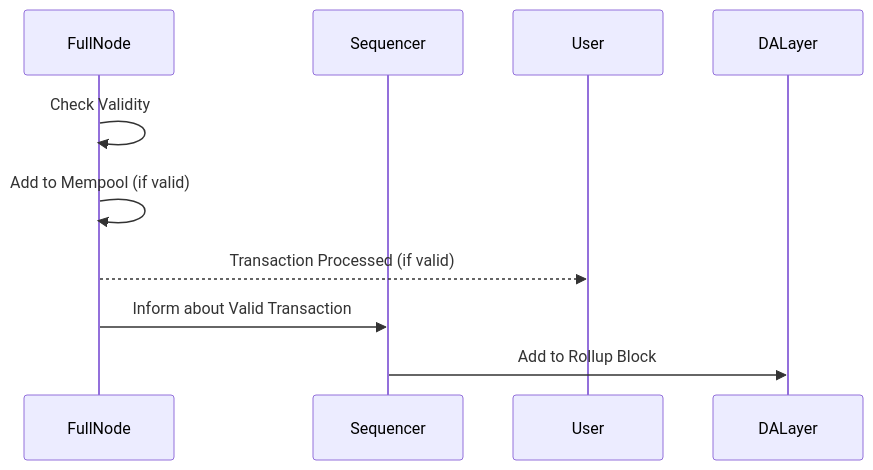
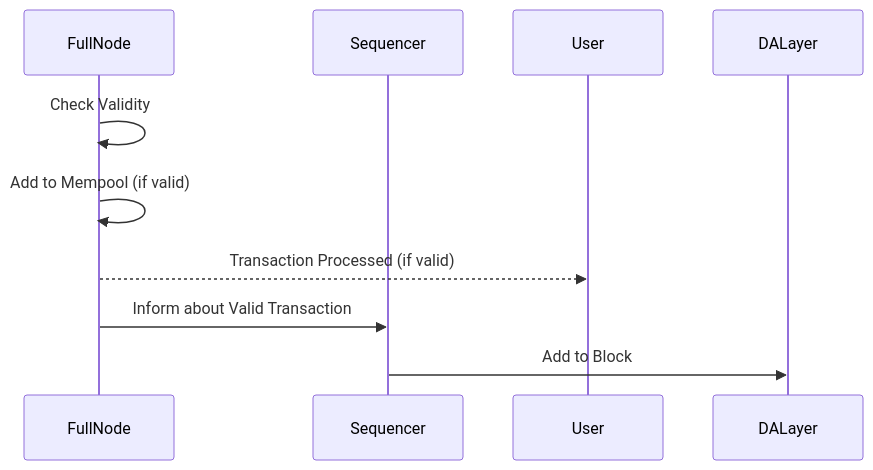
Before and after one commit to rollkit/docs: the second of 4 diagrams in learn/transaction-flow.md, drawn with Mermaid. The commit also changed other lines of this file and 12 other files, not shown here.

````diff
--- a/learn/transaction-flow.md
+++ b/learn/transaction-flow.md
@@ -29,11 +29,11 @@
 ```mermaid
 sequenceDiagram
     participant FullNode
     participant Sequencer
 
     FullNode->>FullNode: Check Validity
     FullNode->>FullNode: Add to Mempool (if valid)
     FullNode-->>User: Transaction Processed (if valid)
     FullNode->>Sequencer: Inform about Valid Transaction
-    Sequencer->>DALayer: Add to Rollup Block
+    Sequencer->>DALayer: Add to Block
 ```
````
